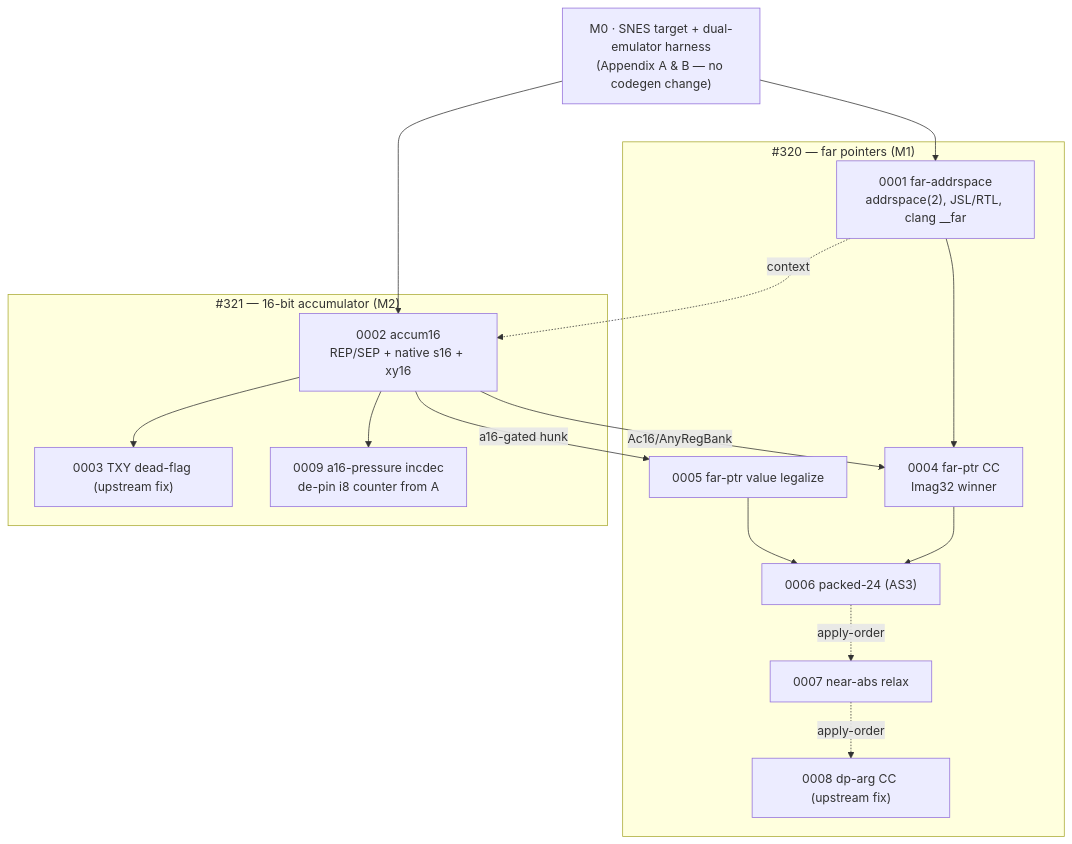
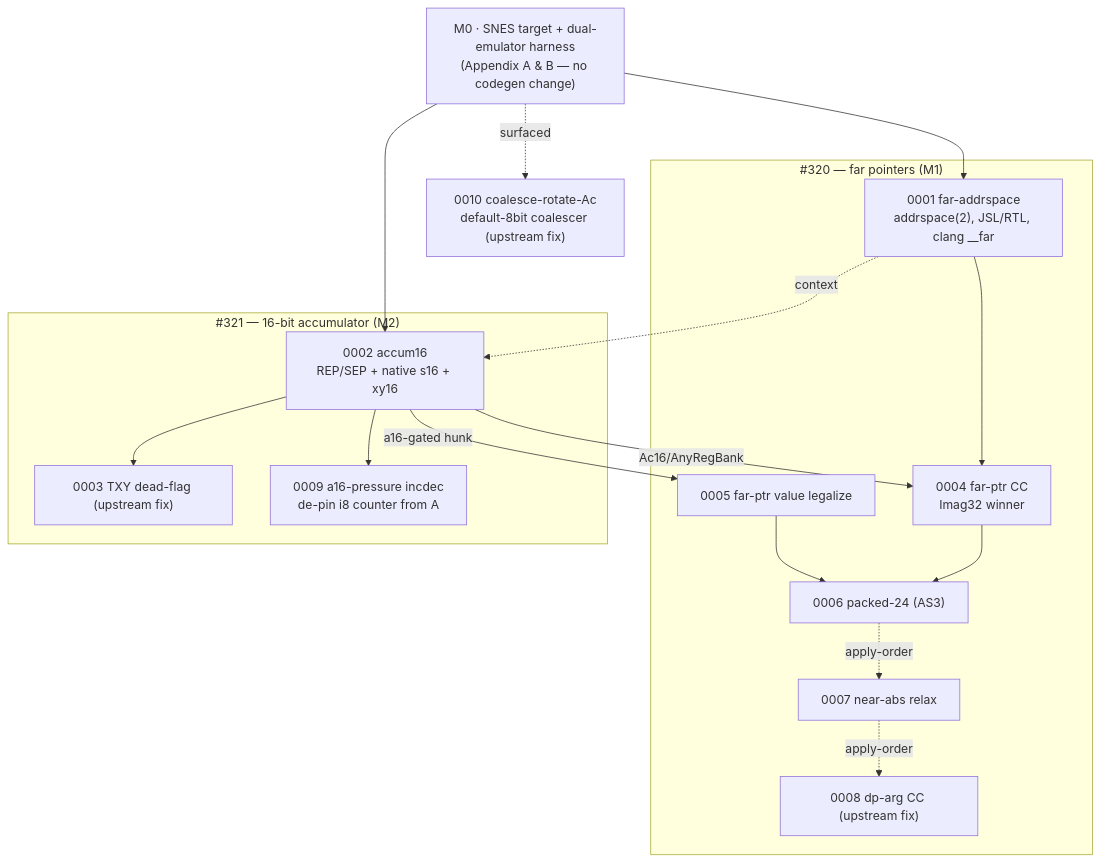
Before and after one commit to wbniv/llvm-mos-65816: the first of 5 diagrams in docs/65816-patch-series-review-guide.md, drawn with Mermaid. The commit also changed other lines of this file, not shown here.

````diff
--- a/docs/65816-patch-series-review-guide.md
+++ b/docs/65816-patch-series-review-guide.md
@@ -161,32 +167,35 @@
 ```mermaid
 flowchart TD
     SNES["M0 · SNES target + dual-emulator harness<br/>(Appendix A &amp; B — no codegen change)"]
 
     subgraph far["#320 — far pointers (M1)"]
         P1["0001 far-addrspace<br/>addrspace(2), JSL/RTL, clang __far"]
         P4["0004 far-ptr CC<br/>Imag32 winner"]
         P5["0005 far-ptr value legalize"]
         P6["0006 packed-24 (AS3)"]
         P7["0007 near-abs relax"]
         P8["0008 dp-arg CC (upstream fix)"]
     end
 
     subgraph a16["#321 — 16-bit accumulator (M2)"]
         P2["0002 accum16<br/>REP/SEP + native s16 + xy16"]
         P3["0003 TXY dead-flag (upstream fix)"]
         P9["0009 a16-pressure incdec<br/>de-pin i8 counter from A"]
     end
 
+    P10["0010 coalesce-rotate-Ac<br/>default-8bit coalescer (upstream fix)"]
+
     SNES --> P1
     SNES --> P2
+    SNES -.surfaced.-> P10
     P1 -.context.-> P2
     P2 --> P3
     P2 --> P9
     P1 --> P4
     P2 -->|Ac16/AnyRegBank| P4
     P2 -->|a16-gated hunk| P5
     P4 --> P6
     P5 --> P6
     P6 -.apply-order.-> P7
     P7 -.apply-order.-> P8
 ```
````
